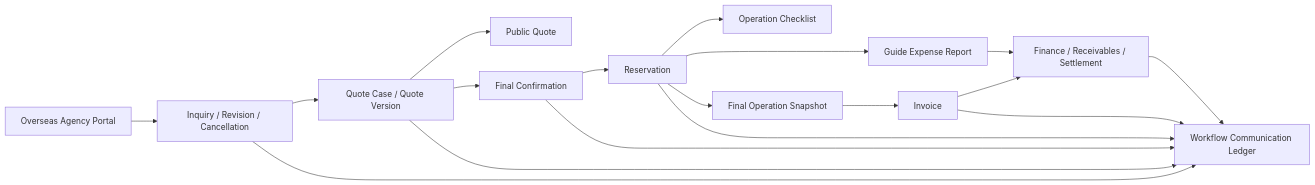
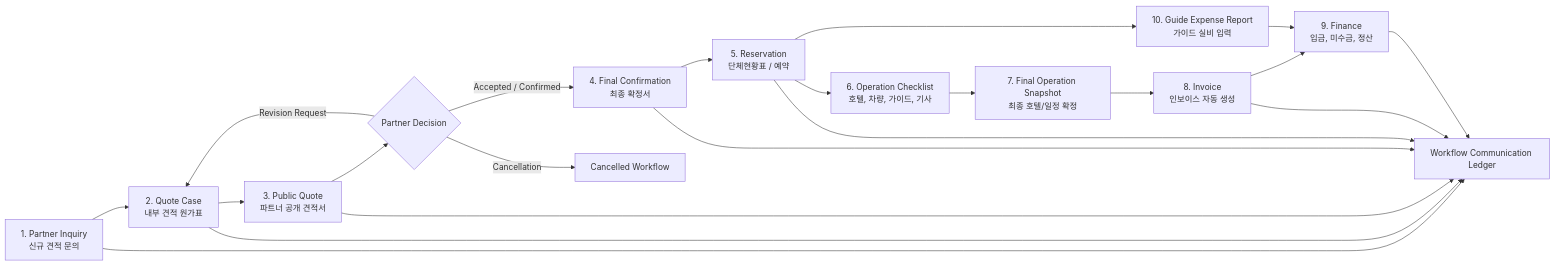
Before and after one commit to sksmsrkk-glitch/JHT_Booking_Sys: the third of 9 diagrams in README.md, drawn with Mermaid. The commit also changed other lines of this file, not shown here.

Commit message:
docs: expand Korean system architecture README

````diff
--- a/README.md
+++ b/README.md
@@ -96,20 +177,23 @@
 ```mermaid
 flowchart LR
-  A["Overseas Agency Portal"] --> B["Inquiry / Revision / Cancellation"]
-  B --> C["Quote Case / Quote Version"]
-  C --> D["Public Quote"]
-  C --> E["Final Confirmation"]
-  E --> F["Reservation"]
-  F --> G["Operation Checklist"]
-  F --> H["Final Operation Snapshot"]
-  H --> I["Invoice"]
-  I --> J["Finance / Receivables / Settlement"]
-  F --> K["Guide Expense Report"]
+  A["1. Partner Inquiry<br/>신규 견적 문의"] --> B["2. Quote Case<br/>내부 견적 원가표"]
+  B --> C["3. Public Quote<br/>파트너 공개 견적서"]
+  C --> D{"Partner Decision"}
+  D -->|"Revision Request"| B
+  D -->|"Accepted / Confirmed"| E["4. Final Confirmation<br/>최종 확정서"]
+  D -->|"Cancellation"| X["Cancelled Workflow"]
+  E --> F["5. Reservation<br/>단체현황표 / 예약"]
+  F --> G["6. Operation Checklist<br/>호텔, 차량, 가이드, 기사"]
+  G --> H["7. Final Operation Snapshot<br/>최종 호텔/일정 확정"]
+  H --> I["8. Invoice<br/>인보이스 자동 생성"]
+  I --> J["9. Finance<br/>입금, 미수금, 정산"]
+  F --> K["10. Guide Expense Report<br/>가이드 실비 입력"]
   K --> J
-  B --> L["Workflow Communication Ledger"]
+  A --> L["Workflow Communication Ledger"]
+  B --> L
   C --> L
   E --> L
   F --> L
   I --> L
   J --> L
 ```
````
